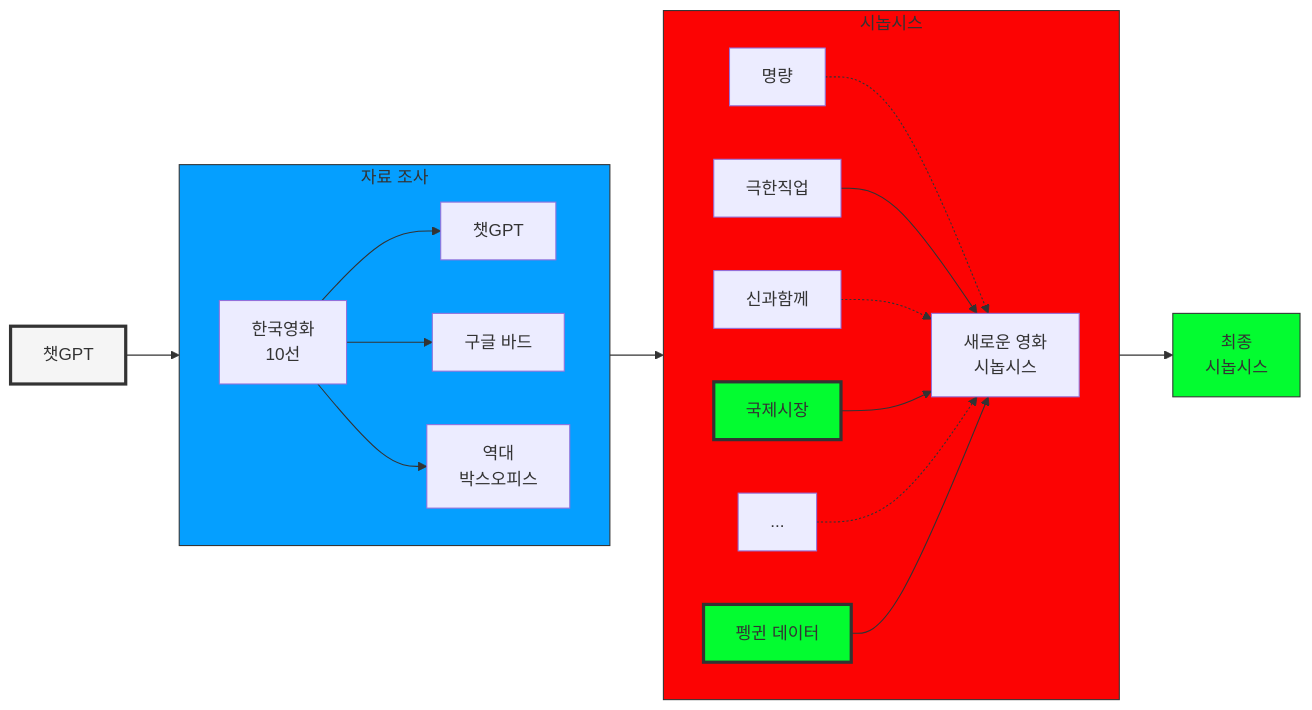
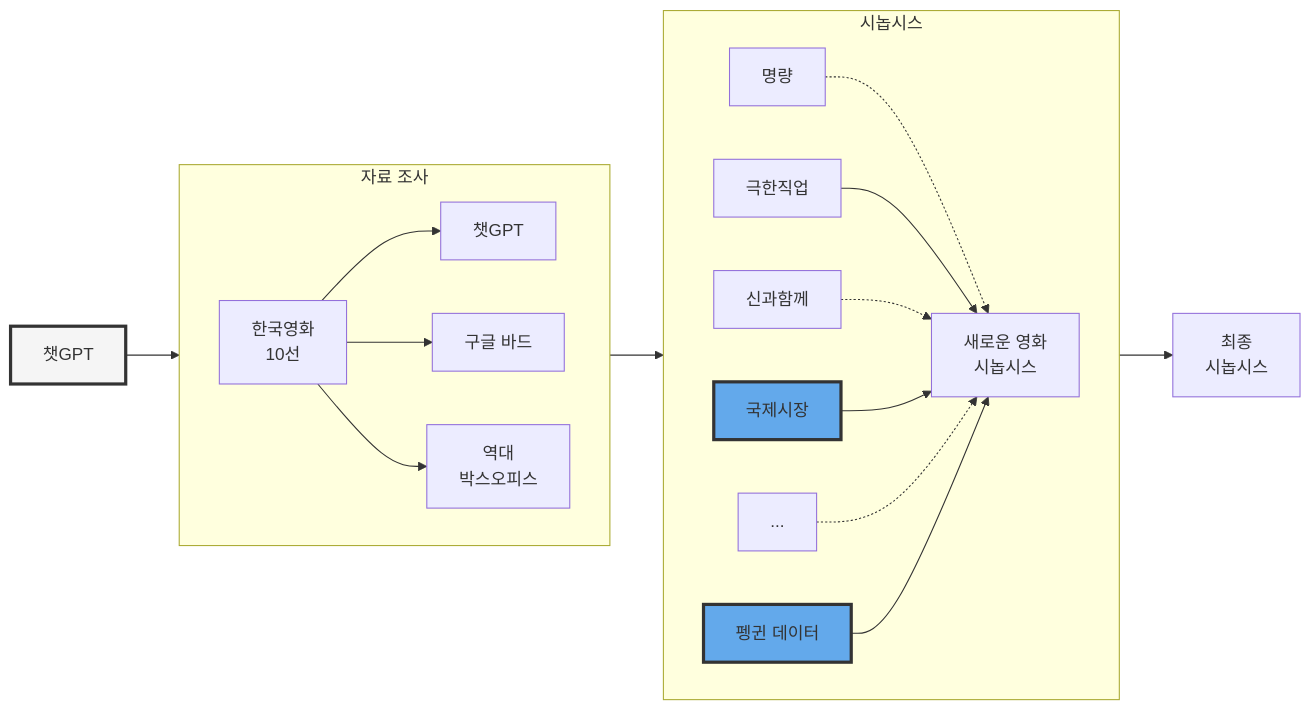
Before and after one commit to bit2r/gpt-quarto: the first of 2 diagrams in gpt_case_study.qmd, drawn with Mermaid. The commit also changed other lines of this file and 10 other files, not shown here.

````diff
--- a/gpt_case_study.qmd
+++ b/gpt_case_study.qmd
@@ -51,36 +24,31 @@
 ```{mermaid}
 graph LR
 
-    chatGPT["챗GPT"] --> Survey
+  chatGPT["챗GPT"] --> Survey
 
-    subgraph Survey["자료 조사"]
-        direction LR
-        Top10["한국영화<br>10선"] --> OpenAI["챗GPT"]
-        Top10                    --> Bard["구글 바드"]
-        Top10                    --> KOBIS["역대<br>박스오피스"]
-    end
+  subgraph Survey["자료 조사"]
+      direction LR
+      Top10["한국영화<br>10선"] --> OpenAI["챗GPT"]
+      Top10                    --> Bard["구글 바드"]
+      Top10                    --> KOBIS["역대<br>박스오피스"]
+  end
 
-    Survey --> Synopsis
+  Survey --> Synopsis
 
-    subgraph Synopsis["시놉시스"]
-        direction LR
-        Movie_A["명량"]     -.-> New_Movie["새로운 영화<br>시놉시스"]
-        Movie_B["극한직업"] --> New_Movie
-        Movie_C["신과함께"] -.-> New_Movie
-        Market["국제시장"] --> New_Movie        
-        Movie_E["..."] -.-> New_Movie
-        Penguins["펭귄 데이터"] --> New_Movie
-    end
+  subgraph Synopsis["시놉시스"]
+      direction LR
+      Movie_A["명량"]     -.-> New_Movie["새로운 영화<br>시놉시스"]
+      Movie_B["극한직업"] --> New_Movie
+      Movie_C["신과함께"] -.-> New_Movie
+      Market["국제시장"] --> New_Movie        
+      Movie_E["..."] -.-> New_Movie
+      Penguins["펭귄 데이터"] --> New_Movie
+  end
 
-    Synopsis --> Synopsis_fin["최종<br>시놉시스"]
+  Synopsis --> Synopsis_fin["최종<br>시놉시스"]
 
-    style chatGPT fill:#f5f5f5,stroke:#333,stroke-width:3px
+  style chatGPT fill:#f5f5f5,stroke:#333,stroke-width:3px
 
-    style Survey fill:#059fff,stroke:#333,stroke-width:1px
-    style Synopsis fill:#fc0303,stroke:#333,stroke-width:1px
-    style Synopsis_fin fill:#03fc30,stroke:#333,stroke-width:1px
-
-    style Penguins fill:#03fc30,stroke:#333,stroke-width:3px
-    style Market fill:#03fc30,stroke:#333,stroke-width:3px
-    
+  style Penguins fill:#63a9eb,stroke:#333,stroke-width:3px
+  style Market fill:#63a9eb,stroke:#333,stroke-width:3px
 ```
````
